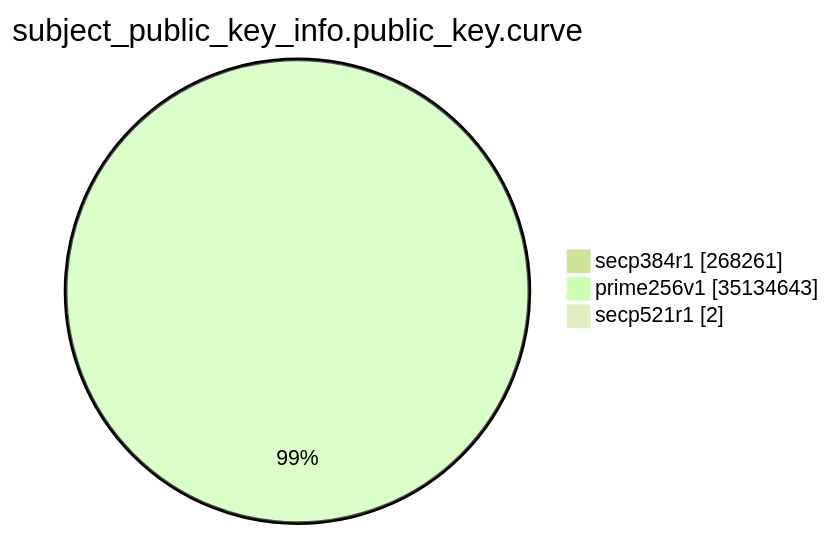
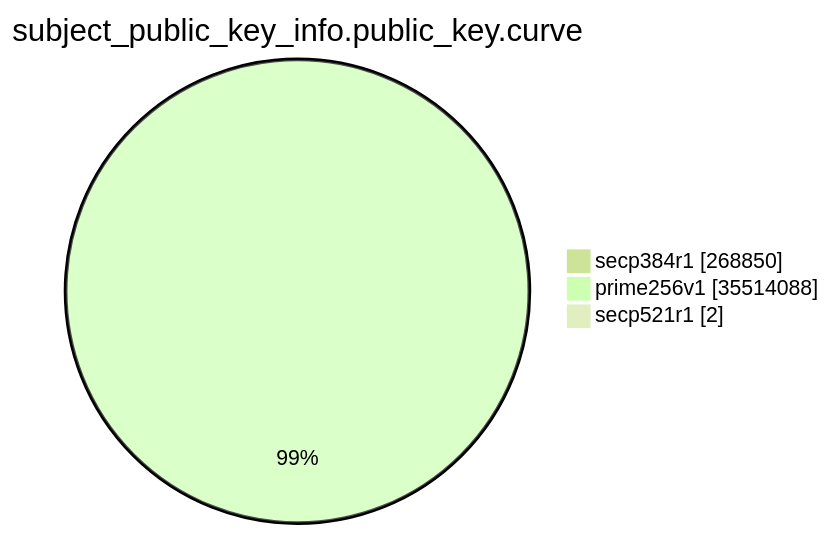
Before and after one commit to christiankrug/ctmonitor_visualization: the eighth of 15 diagrams in xenon2023/README.md, drawn with Mermaid (forest theme). The commit also changed other lines of this file, not shown here.

````diff
--- a/xenon2023/README.md
+++ b/xenon2023/README.md
@@ -2144,7 +2144,7 @@
 ```mermaid
 pie showData
 title subject_public_key_info.public_key.curve
-"secp384r1" :268261
-"prime256v1" :35134643
+"secp384r1" :268850
+"prime256v1" :35514088
 "secp521r1" :2
 ```
````
